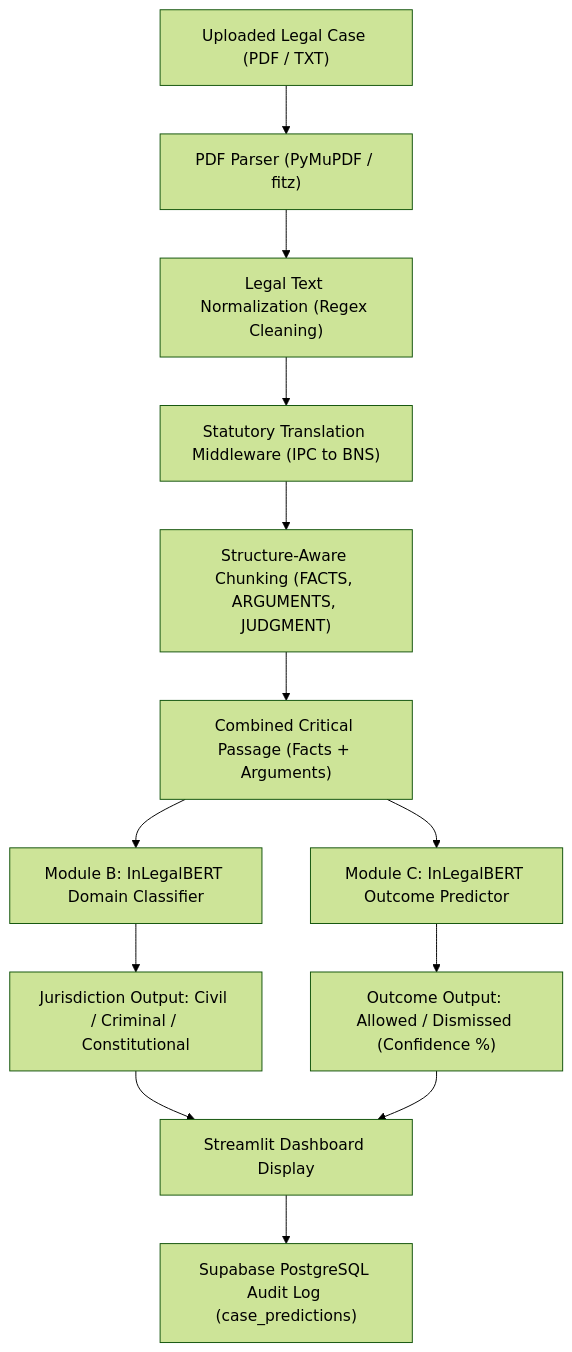
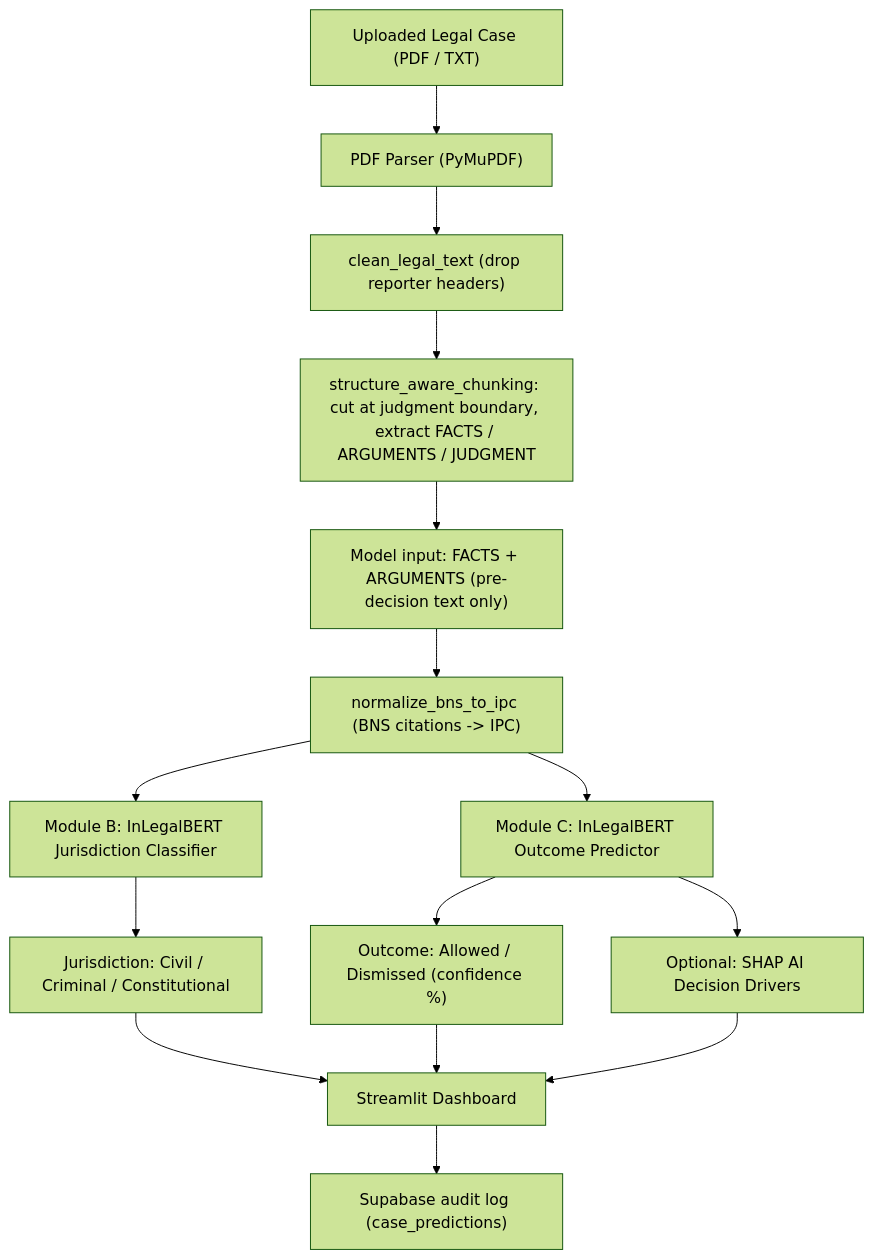
One commit to Bharambevaish/AI-for-Legal-Case changed the diagram in agent.md. Above: the diagram before and after it, drawn with Mermaid (forest theme). The commit also changed other lines of this file and 77 other files, not shown here.

````diff
--- a/agent.md
+++ b/agent.md
@@ -99,19 +106,20 @@
 ```mermaid
 graph TD
-    A["Uploaded Legal Case (PDF / TXT)"] --> B["PDF Parser (PyMuPDF / fitz)"]
-    B --> C["Legal Text Normalization (Regex Cleaning)"]
-    C --> D["Statutory Translation Middleware (IPC to BNS)"]
-    D --> E["Structure-Aware Chunking (FACTS, ARGUMENTS, JUDGMENT)"]
-    
-    E --> F["Combined Critical Passage (Facts + Arguments)"]
-    
-    F --> G["Module B: InLegalBERT Domain Classifier"]
+    A["Uploaded Legal Case (PDF / TXT)"] --> B["PDF Parser (PyMuPDF)"]
+    B --> C["clean_legal_text (drop reporter headers)"]
+    C --> D["structure_aware_chunking: cut at judgment boundary, extract FACTS / ARGUMENTS / JUDGMENT"]
+    D --> E["Model input: FACTS + ARGUMENTS (pre-decision text only)"]
+    E --> F["normalize_bns_to_ipc (BNS citations -> IPC)"]
+
+    F --> G["Module B: InLegalBERT Jurisdiction Classifier"]
     F --> H["Module C: InLegalBERT Outcome Predictor"]
-    
-    G --> I["Jurisdiction Output: Civil / Criminal / Constitutional"]
-    H --> J["Outcome Output: Allowed / Dismissed (Confidence %)"]
-    
-    I --> K["Streamlit Dashboard Display"]
+
+    G --> I["Jurisdiction: Civil / Criminal / Constitutional"]
+    H --> J["Outcome: Allowed / Dismissed (confidence %)"]
+    H --> S["Optional: SHAP AI Decision Drivers"]
+
+    I --> K["Streamlit Dashboard"]
     J --> K
-    K --> L["Supabase PostgreSQL Audit Log (case_predictions)"]
+    S --> K
+    K --> L["Supabase audit log (case_predictions)"]
 ```
````
